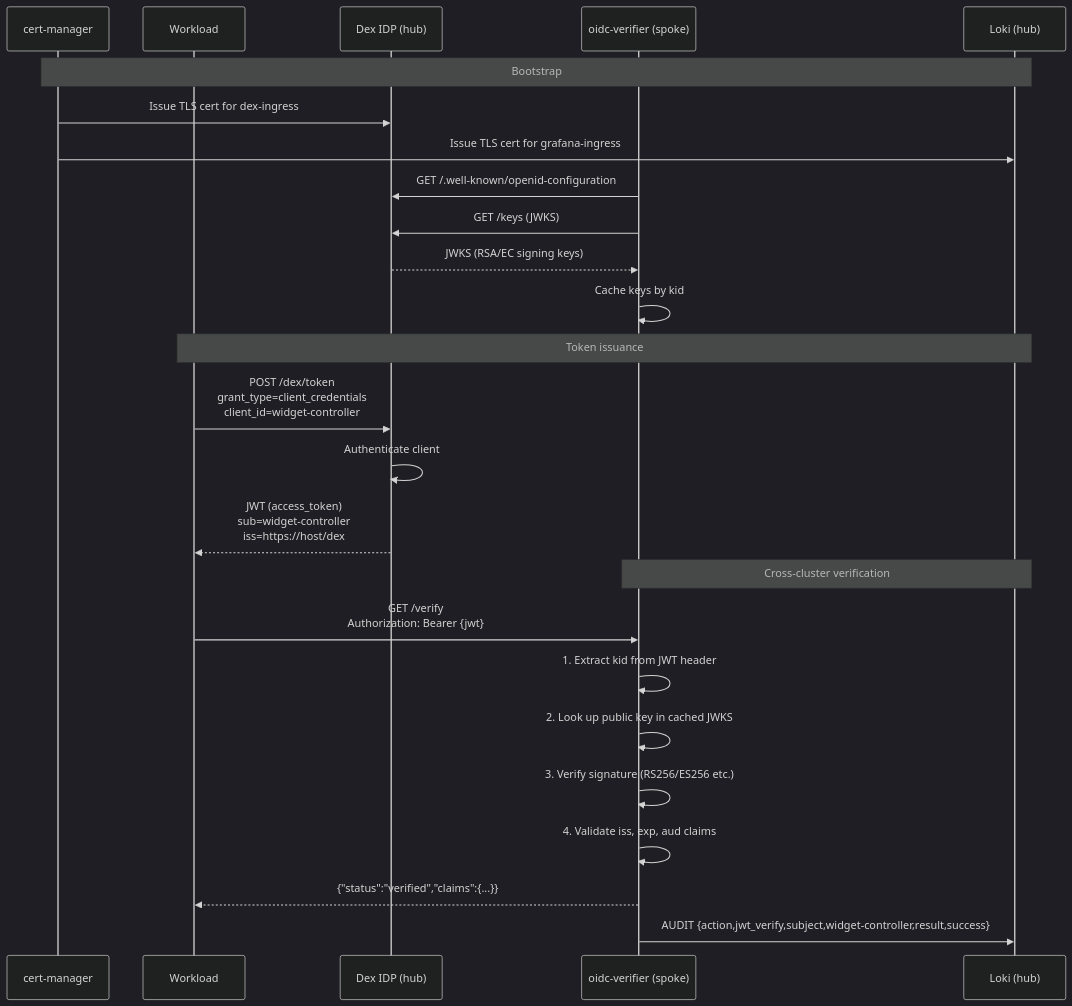
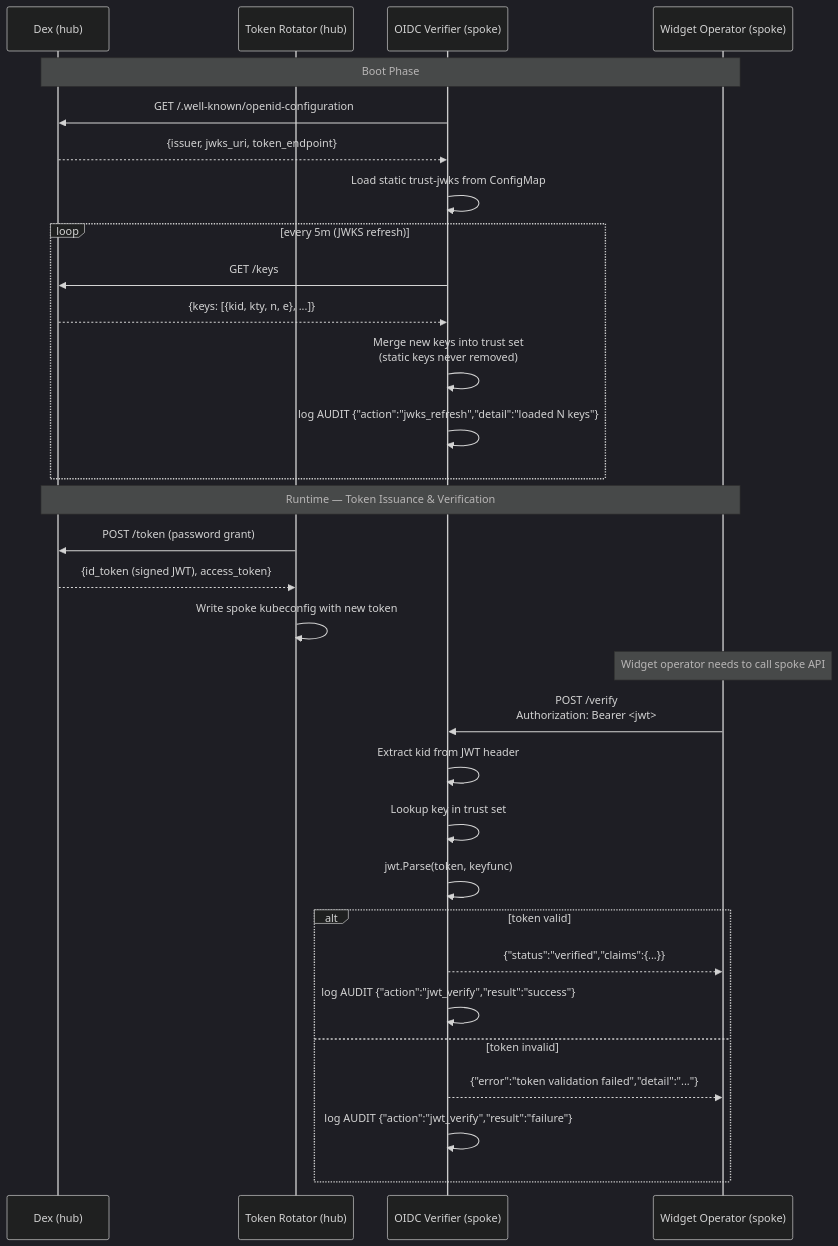
Before and after one commit to sojoner/kro-lab: the second of 3 diagrams in docs/platform-mvp/10-oidc-trust.md, drawn with Mermaid (dark theme). The commit also changed other lines of this file and 12 other files, not shown here.

````diff
--- a/docs/platform-mvp/10-oidc-trust.md
+++ b/docs/platform-mvp/10-oidc-trust.md
@@ -80,30 +39,39 @@
 ```mermaid
 sequenceDiagram
-    participant CM as cert-manager
-    participant W as Workload
-    participant DEX as Dex IDP (hub)
-    participant OV as oidc-verifier (spoke)
-    participant LOKI as Loki (hub)
+    participant DEX as Dex (hub)
+    participant TR as Token Rotator (hub)
+    participant OV as OIDC Verifier (spoke)
+    participant WO as Widget Operator (spoke)
 
-    Note over CM,LOKI: Bootstrap
-    CM->>DEX: Issue TLS cert for dex-ingress
-    CM->>LOKI: Issue TLS cert for grafana-ingress
+    Note over DEX,WO: Boot Phase
+
     OV->>DEX: GET /.well-known/openid-configuration
-    OV->>DEX: GET /keys (JWKS)
-    DEX-->>OV: JWKS (RSA/EC signing keys)
-    OV->>OV: Cache keys by kid
+    DEX-->>OV: {issuer, jwks_uri, token_endpoint}
+    OV->>OV: Load static trust-jwks from ConfigMap
 
-    Note over W,LOKI: Token issuance
-    W->>DEX: POST /dex/token<br/>grant_type=client_credentials<br/>client_id=widget-controller
-    DEX->>DEX: Authenticate client
-    DEX-->>W: JWT (access_token)<br/>sub=widget-controller<br/>iss=https://host/dex
+    loop every 5m (JWKS refresh)
+        OV->>DEX: GET /keys
+        DEX-->>OV: {keys: [{kid, kty, n, e}, ...]}
+        OV->>OV: Merge new keys into trust set<br/>(static keys never removed)
+        OV->>OV: log AUDIT {"action":"jwks_refresh","detail":"loaded N keys"}
+    end
 
-    Note over OV,LOKI: Cross-cluster verification
-    W->>OV: GET /verify<br/>Authorization: Bearer {jwt}
-    OV->>OV: 1. Extract kid from JWT header
-    OV->>OV: 2. Look up public key in cached JWKS
-    OV->>OV: 3. Verify signature (RS256/ES256 etc.)
-    OV->>OV: 4. Validate iss, exp, aud claims
-    OV-->>W: {"status":"verified","claims":{...}}
-    OV->>LOKI: AUDIT {action,jwt_verify,subject,widget-controller,result,success}
+    Note over DEX,WO: Runtime — Token Issuance & Verification
+
+    TR->>DEX: POST /token (password grant)
+    DEX-->>TR: {id_token (signed JWT), access_token}
+    TR->>TR: Write spoke kubeconfig with new token
+
+    Note over WO: Widget operator needs to call spoke API
+    WO->>OV: POST /verify<br/>Authorization: Bearer <jwt>
+    OV->>OV: Extract kid from JWT header
+    OV->>OV: Lookup key in trust set
+    OV->>OV: jwt.Parse(token, keyfunc)
+    alt token valid
+        OV-->>WO: {"status":"verified","claims":{...}}
+        OV->>OV: log AUDIT {"action":"jwt_verify","result":"success"}
+    else token invalid
+        OV-->>WO: {"error":"token validation failed","detail":"..."}
+        OV->>OV: log AUDIT {"action":"jwt_verify","result":"failure"}
+    end
 ```
````
